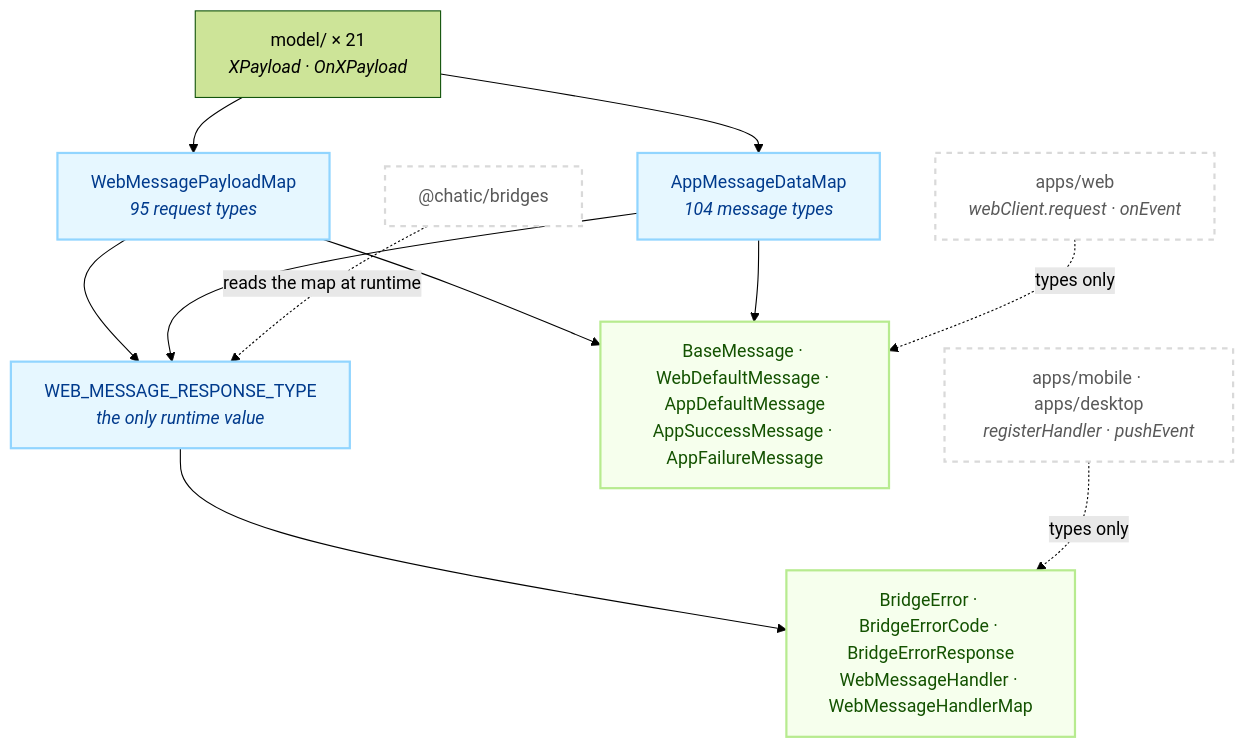
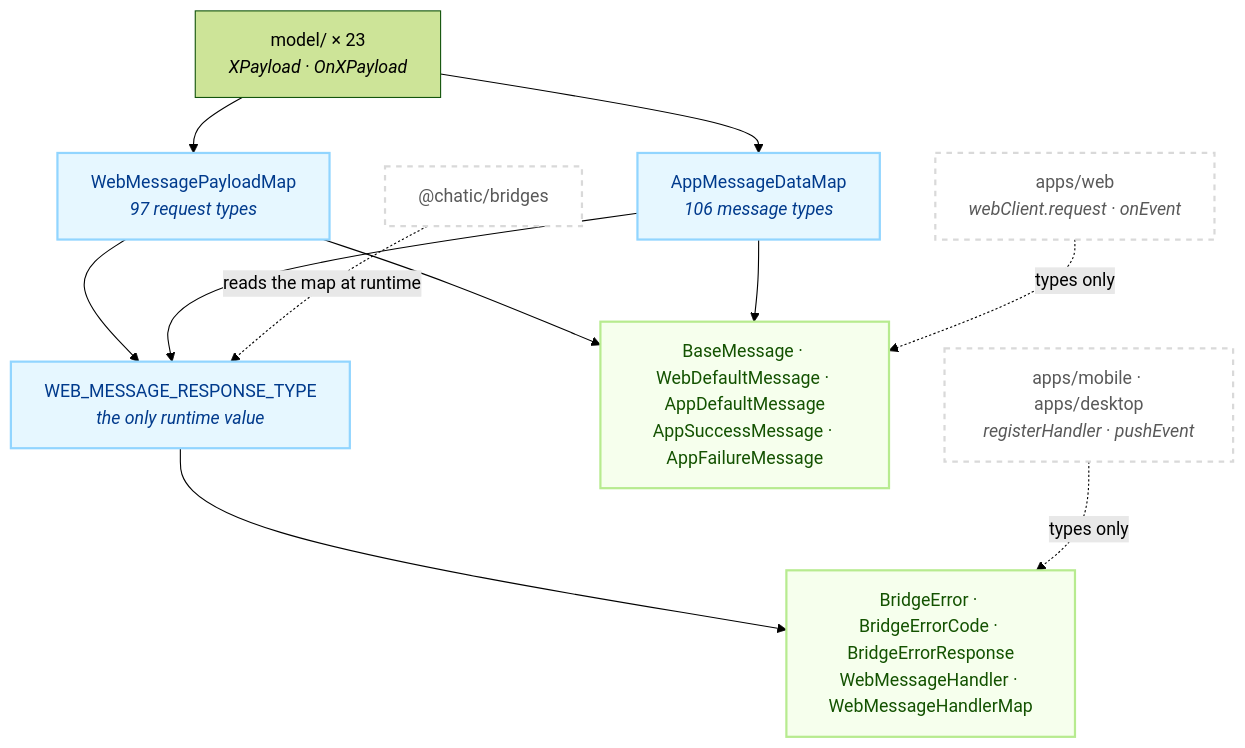
The first of 2 diagrams in libs/app-messages/README.md (lemoncloud-io/dou-app), drawn with Mermaid (forest theme) before and after one commit. The commit also changed other lines of this file and 35 other files, not shown here.

First line of the commit message:
feat(mobile,web,app-messages): open OS share-sheet items on /share

````diff
--- a/libs/app-messages/README.md
+++ b/libs/app-messages/README.md
@@ -99,28 +99,28 @@
 ```mermaid
 flowchart TD
     classDef ext fill:#ffffff,stroke:#d9d9d9,stroke-width:2px,color:#595959,stroke-dasharray: 5 5;
     classDef map fill:#e6f7ff,stroke:#91d5ff,stroke-width:2px,color:#003a8c;
     classDef env fill:#f6ffed,stroke:#b7eb8f,stroke-width:2px,color:#135200;
 
-    Model["model/ × 21<br/><i>XPayload · OnXPayload</i>"]
-    WM["WebMessagePayloadMap<br/><i>95 request types</i>"]:::map
-    AM["AppMessageDataMap<br/><i>104 message types</i>"]:::map
+    Model["model/ × 23<br/><i>XPayload · OnXPayload</i>"]
+    WM["WebMessagePayloadMap<br/><i>97 request types</i>"]:::map
+    AM["AppMessageDataMap<br/><i>106 message types</i>"]:::map
     RT["WEB_MESSAGE_RESPONSE_TYPE<br/><i>the only runtime value</i>"]:::map
     Env["BaseMessage · WebDefaultMessage · AppDefaultMessage<br/>AppSuccessMessage · AppFailureMessage"]:::env
     Err["BridgeError · BridgeErrorCode · BridgeErrorResponse<br/>WebMessageHandler · WebMessageHandlerMap"]:::env
 
     Web["apps/web<br/><i>webClient.request · onEvent</i>"]:::ext
     Shell["apps/mobile · apps/desktop<br/><i>registerHandler · pushEvent</i>"]:::ext
     Br["@chatic/bridges"]:::ext
 
     Model --> WM
     Model --> AM
     WM --> RT
     AM --> RT
     WM --> Env
     AM --> Env
     RT --> Err
     Br -.->|"reads the map at runtime"| RT
     Web -.->|"types only"| Env
     Shell -.->|"types only"| Err
 ```
````
